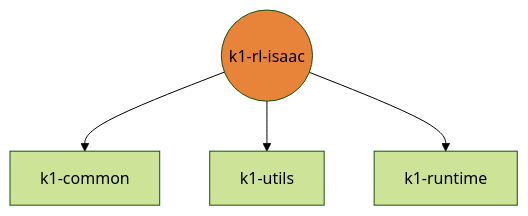
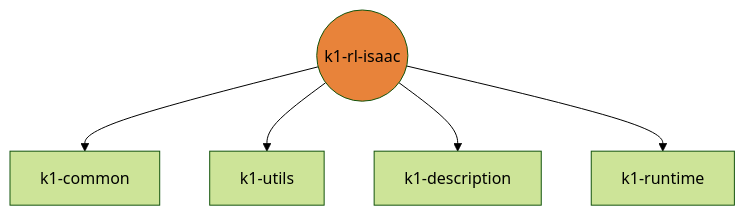
The diagram in README.md (thdhyan/k1-rl-isaac), drawn with Mermaid (forest theme) before and after one commit. The commit also changed other lines of this file and 1 other file, not shown here.

````diff
--- a/README.md
+++ b/README.md
@@ -14,11 +14,13 @@
 ```mermaid
 flowchart TB
   k1_common[k1-common]
+  k1_description[k1-description]
   k1_utils[k1-utils]
   k1_runtime[k1-runtime]
   k1_rl_isaac((k1-rl-isaac))
   style k1_rl_isaac fill:#e8833a,color:#000
   k1_rl_isaac --> k1_common
   k1_rl_isaac --> k1_utils
+  k1_rl_isaac --> k1_description
   k1_rl_isaac --> k1_runtime
 ```
````
